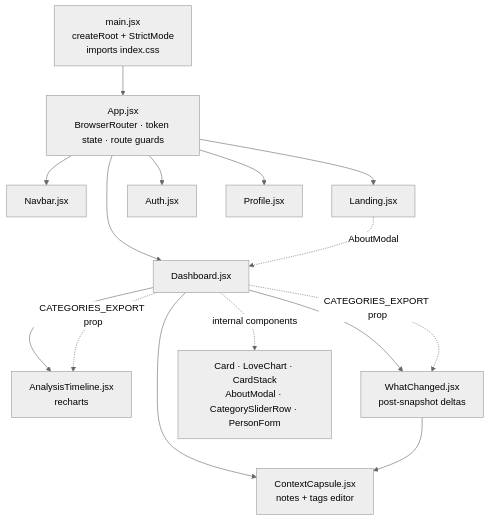
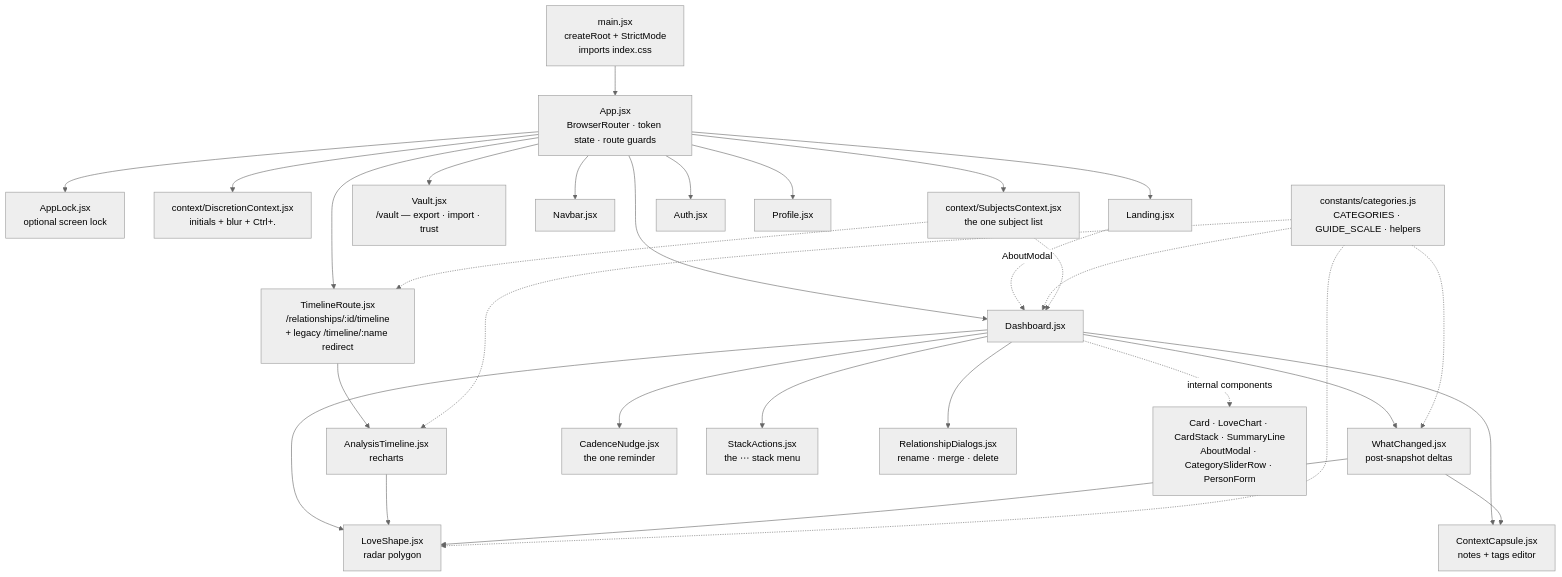
Before and after one commit to SirGrandmasterr/AlexithymiaLoveQuantifier: the diagram in docs/06-frontend.md, drawn with Mermaid (neutral theme). The commit also changed other lines of this file and 55 other files, not shown here.

````diff
--- a/docs/06-frontend.md
+++ b/docs/06-frontend.md
@@ -10,17 +10,32 @@
 ```mermaid
 graph TD
     MAIN["main.jsx<br/>createRoot + StrictMode<br/>imports index.css"] --> APP["App.jsx<br/>BrowserRouter · token state · route guards"]
+    APP --> LOCK["AppLock.jsx<br/>optional screen lock"]
+    APP --> DISC["context/DiscretionContext.jsx<br/>initials + blur + Ctrl+."]
+    APP --> SUBS["context/SubjectsContext.jsx<br/>the one subject list"]
+    APP --> VAULT["Vault.jsx<br/>/vault — export · import · trust"]
     APP --> NAV["Navbar.jsx"]
     APP --> LAND["Landing.jsx"]
     APP --> AUTH["Auth.jsx"]
     APP --> DASH["Dashboard.jsx"]
+    APP --> TR["TimelineRoute.jsx<br/>/relationships/:id/timeline<br/>+ legacy /timeline/:name redirect"]
     APP --> PROF["Profile.jsx"]
-    DASH --> TL["AnalysisTimeline.jsx<br/>recharts"]
+    TR --> TL["AnalysisTimeline.jsx<br/>recharts"]
     DASH --> WC["WhatChanged.jsx<br/>post-snapshot deltas"]
     DASH --> CC["ContextCapsule.jsx<br/>notes + tags editor"]
+    DASH --> LS["LoveShape.jsx<br/>radar polygon"]
+    TL --> LS
+    WC --> LS
     WC --> CC
     LAND -.->|"AboutModal"| DASH
-    DASH -.->|"internal components"| INNER["Card · LoveChart · CardStack<br/>AboutModal · CategorySliderRow · PersonForm"]
-    DASH -.->|"CATEGORIES_EXPORT prop"| TL
-    DASH -.->|"CATEGORIES_EXPORT prop"| WC
+    DASH --> CN["CadenceNudge.jsx<br/>the one reminder"]
+    DASH --> SA["StackActions.jsx<br/>the ⋯ stack menu"]
+    DASH --> RD["RelationshipDialogs.jsx<br/>rename · merge · delete"]
+    DASH -.->|"internal components"| INNER["Card · LoveChart · CardStack · SummaryLine<br/>AboutModal · CategorySliderRow · PersonForm"]
+    CONST["constants/categories.js<br/>CATEGORIES · GUIDE_SCALE · helpers"] -.-> DASH
+    CONST -.-> TL
+    CONST -.-> LS
+    CONST -.-> WC
+    SUBS -.-> DASH
+    SUBS -.-> TR
 ```
````
